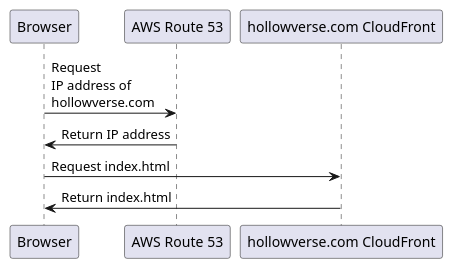
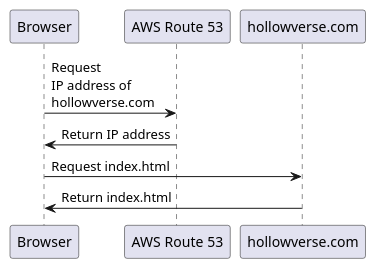
Before and after one commit to hollowverse-archive/architecture: the diagram in architectures/diagrams/serveIndexHtml.puml, drawn with PlantUML. The commit also changed 9 other files, not shown here.

```diff
--- a/architectures/diagrams/serveIndexHtml.puml
+++ b/architectures/diagrams/serveIndexHtml.puml
@@ -1,10 +1,10 @@
 @startuml
 participant Browser as browser
 participant "AWS Route 53" as route53
-participant "hollowverse.com CloudFront" as hcf
+participant "hollowverse.com" as hollowverseCom
 
 browser -> route53: Request\nIP address of\nhollowverse.com
 route53 -> browser: Return IP address
-browser -> hcf: Request index.html
-hcf -> browser: Return index.html
+browser -> hollowverseCom: Request index.html
+hollowverseCom -> browser: Return index.html
 @enduml
```
